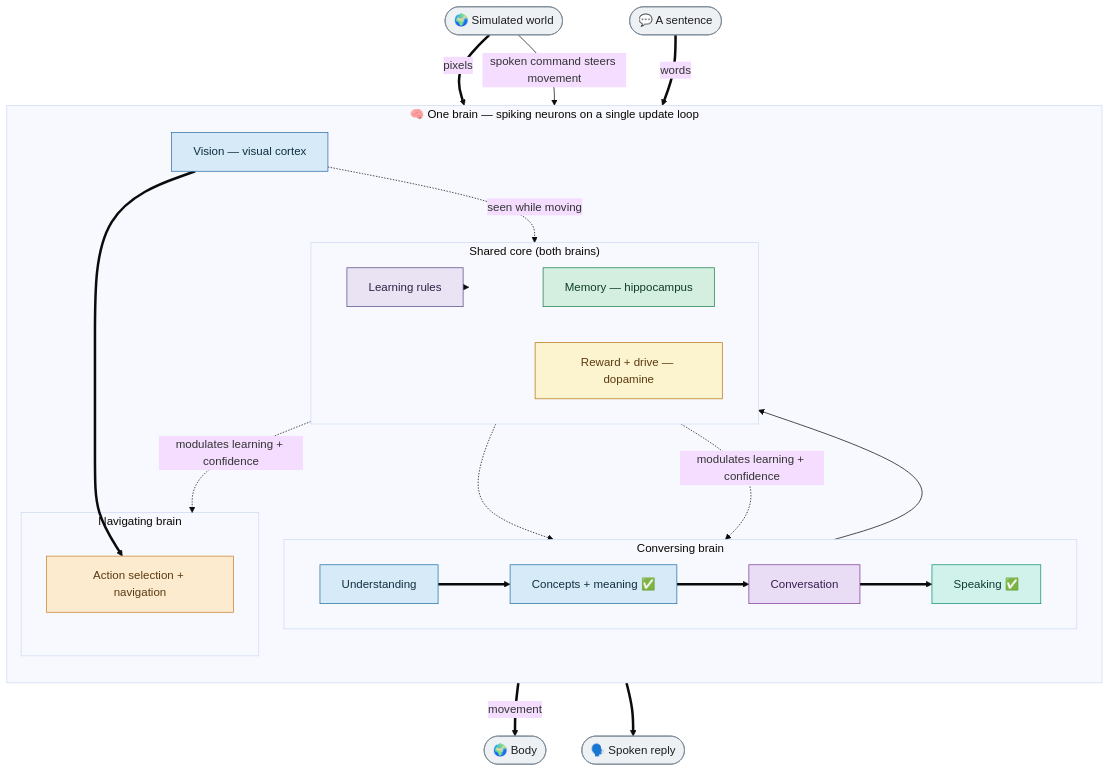
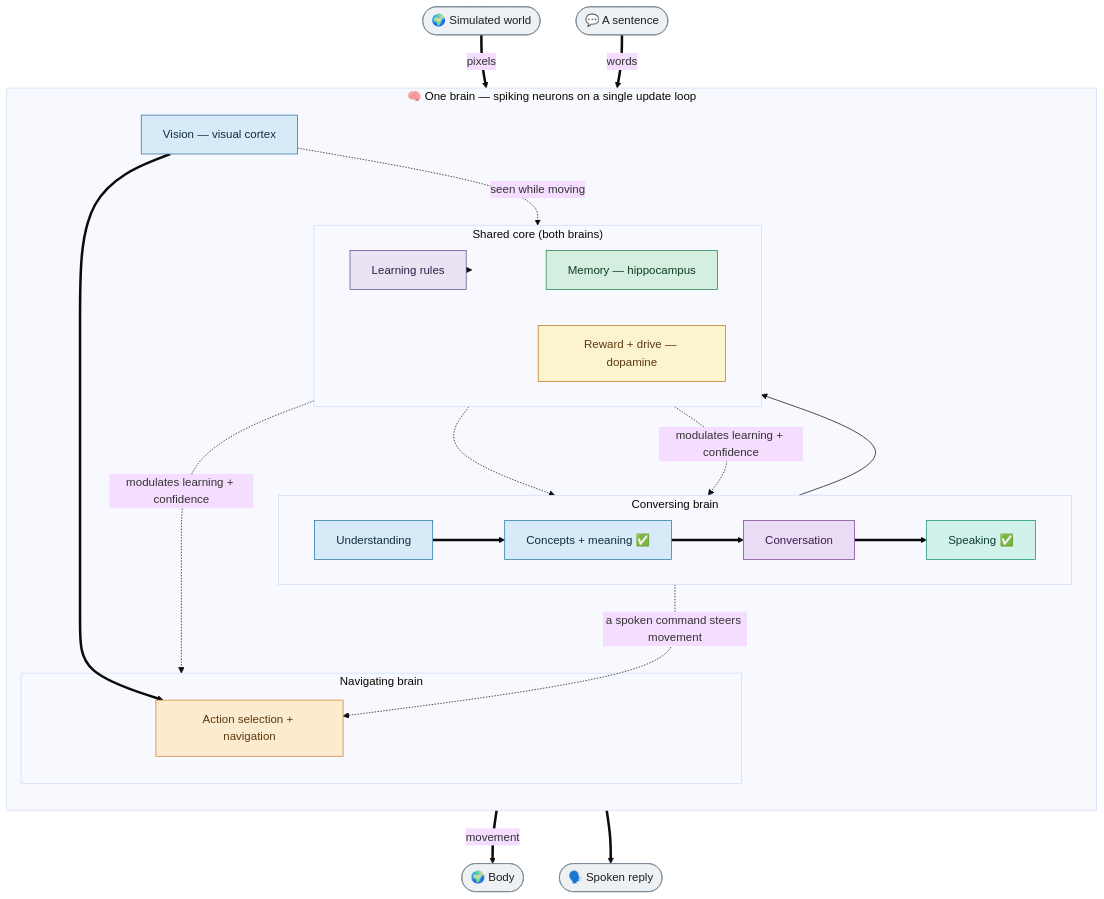
One commit to danthi123/neural-simulator changed the first of 5 diagrams in docs/diagrams/brain_architecture_detailed.md. Above: the diagram before and after it, drawn with Mermaid (base theme). The commit also changed other lines of this file and 14 other files, not shown here.

````diff
--- a/docs/diagrams/brain_architecture_detailed.md
+++ b/docs/diagrams/brain_architecture_detailed.md
@@ -24,48 +25,48 @@
 ```mermaid
 flowchart TB
     World(["🌍 Simulated world"]):::io
     Turn(["💬 A sentence"]):::io
 
     subgraph ENGINE["🧠 One brain — spiking neurons on a single update loop"]
       direction TB
       VIS["Vision — visual cortex"]:::sense
       subgraph SM["Navigating brain"]
         NAV["Action selection + navigation"]:::nav
       end
       subgraph LANG["Conversing brain"]
         direction LR
         COMP["Understanding"]:::conv
         CONCEPT["Concepts + meaning ✅"]:::conv
         SPEAK["Speaking ✅"]:::gen
         DISC["Conversation"]:::plan
       end
       subgraph SHARED["Shared core (both brains)"]
         direction LR
         MEM["Memory — hippocampus"]:::mem
         REW["Reward + drive — dopamine"]:::reward
         LRN["Learning rules"]:::learn
       end
     end
 
     Body(["🌍 Body"]):::io
     Reply(["🗣️ Spoken reply"]):::io
 
     World ==>|pixels| VIS ==> NAV ==>|movement| Body
     Turn ==>|words| COMP ==> CONCEPT ==> DISC ==> SPEAK ==> Reply
-    World -->|spoken command steers movement| NAV
+    COMP -.->|a spoken command steers movement| NAV
     VIS -.->|seen while moving| MEM
     CONCEPT --> MEM -.-> DISC
     REW -.->|modulates learning + confidence| SM
     REW -.->|modulates learning + confidence| LANG
     LRN -.-> SHARED
 
     classDef io fill:#eef1f4,stroke:#7a8794,color:#1d1d1f;
     classDef sense fill:#d6eaf8,stroke:#2e6da4,color:#10303f;
     classDef nav fill:#fdebd0,stroke:#c87f2e,color:#5b3a10;
     classDef conv fill:#d6eaf8,stroke:#2471a3,color:#10303f;
     classDef gen fill:#d1f2eb,stroke:#138d75,color:#0c3d33;
     classDef plan fill:#e9dcf5,stroke:#7d3c98,color:#3b1d4e;
     classDef mem fill:#d4efdf,stroke:#1d8049,color:#0f3d23;
     classDef reward fill:#fcf3cf,stroke:#b9770e,color:#5b3a10;
     classDef learn fill:#eae3f3,stroke:#5b4a8a,color:#2c2247;
 ```
````
